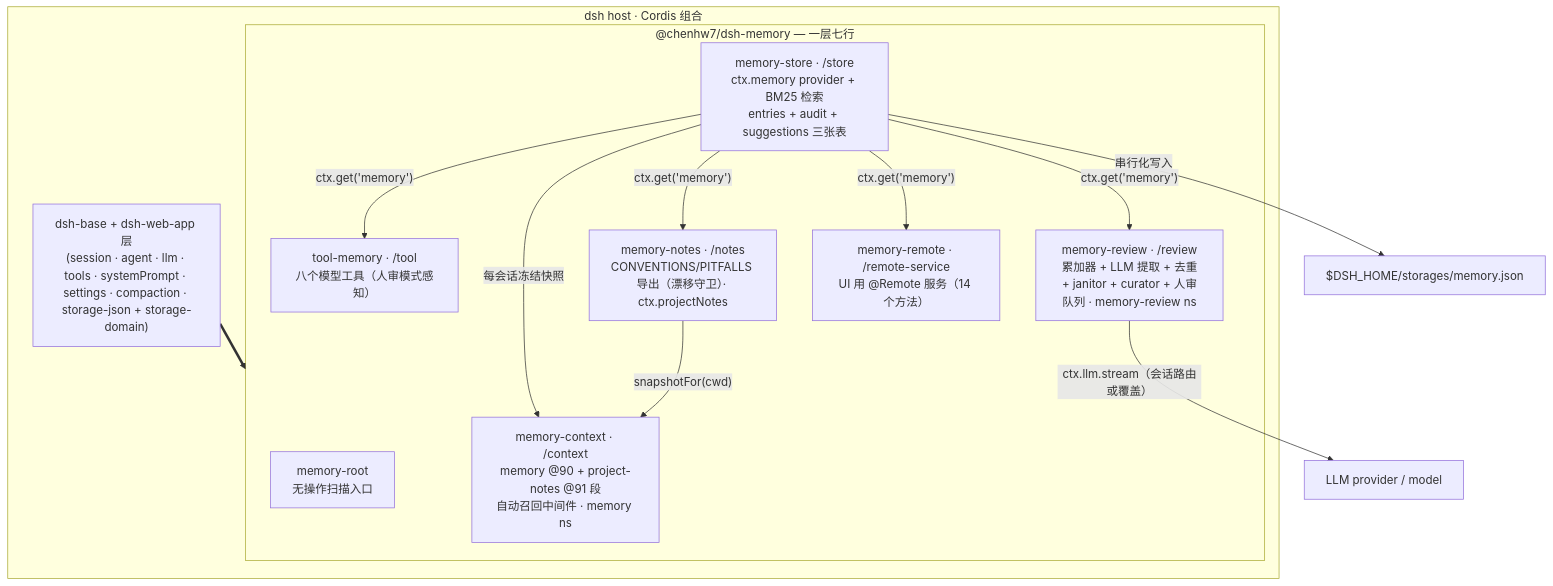
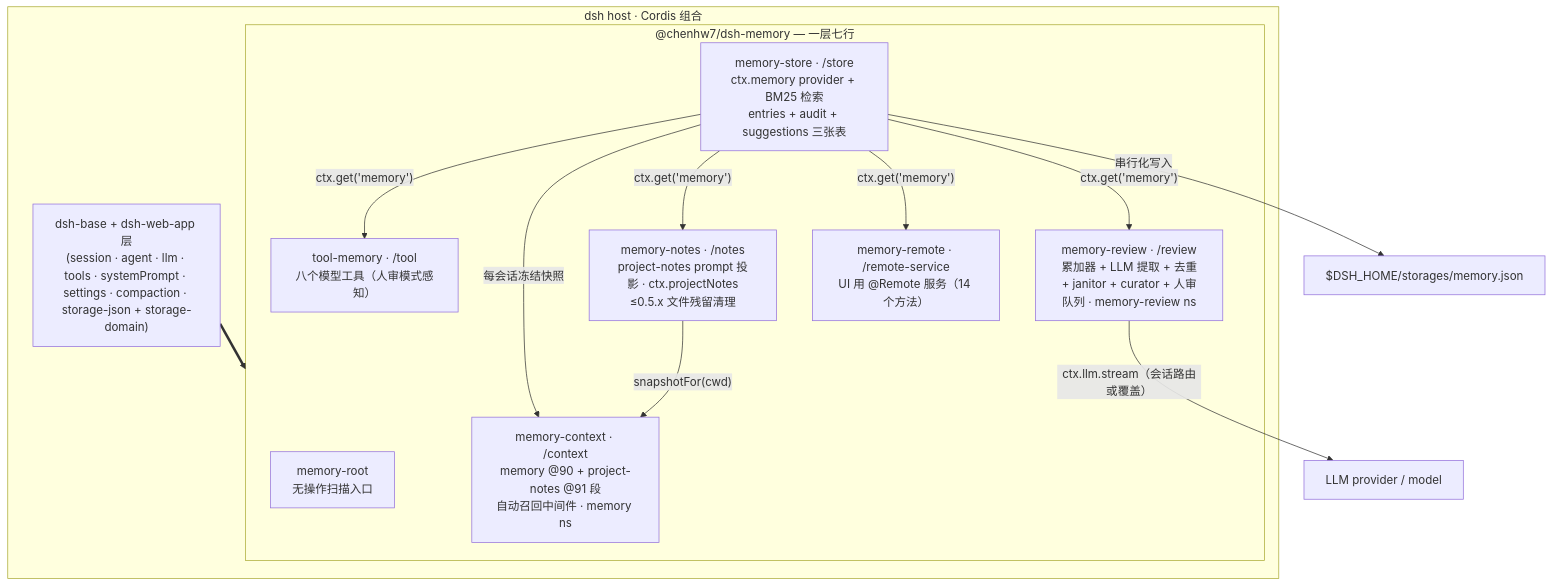
The first of 3 diagrams in docs/TECH_DESIGN.zh-CN.md (chenhw7/dsh-memory), drawn with Mermaid before and after one commit. The commit also changed other lines of this file and 27 other files, not shown here.

First line of the commit message:
feat(notes)!: stop writing memory files into the user's repo (prompt-only projection)

````diff
--- a/docs/TECH_DESIGN.zh-CN.md
+++ b/docs/TECH_DESIGN.zh-CN.md
@@ -102,24 +102,24 @@
 ```mermaid
 flowchart TB
   subgraph host["dsh host · Cordis 组合"]
     base["dsh-base + dsh-web-app 层<br/>(session · agent · llm · tools · systemPrompt · settings · compaction · storage-json + storage-domain)"]
     subgraph bundle["@chenhw7/dsh-memory — 一层七行"]
       root["memory-root<br/>无操作扫描入口"]
       store["memory-store · /store<br/>ctx.memory provider + BM25 检索<br/>entries + audit + suggestions 三张表"]
       tool["tool-memory · /tool<br/>八个模型工具（人审模式感知）"]
       review["memory-review · /review<br/>累加器 + LLM 提取 + 去重<br/>+ janitor + curator + 人审队列 · memory-review ns"]
-      notes["memory-notes · /notes<br/>CONVENTIONS/PITFALLS 导出（漂移守卫）· ctx.projectNotes"]
+      notes["memory-notes · /notes<br/>project-notes prompt 投影 · ctx.projectNotes<br/>≤0.5.x 文件残留清理"]
       context["memory-context · /context<br/>memory @90 + project-notes @91 段<br/>自动召回中间件 · memory ns"]
       remote["memory-remote · /remote-service<br/>UI 用 @Remote 服务（14 个方法）"]
     end
   end
   base ==> bundle
   store -- "ctx.get('memory')" --> tool
   store -- "ctx.get('memory')" --> review
   store -- "每会话冻结快照" --> context
   store -- "ctx.get('memory')" --> notes
   store -- "ctx.get('memory')" --> remote
   review -- "ctx.llm.stream（会话路由或覆盖）" --> llm["LLM provider / model"]
   notes -- "snapshotFor(cwd)" --> context
   store -- "串行化写入" --> json["$DSH_HOME/storages/memory.json"]
 ```
````
